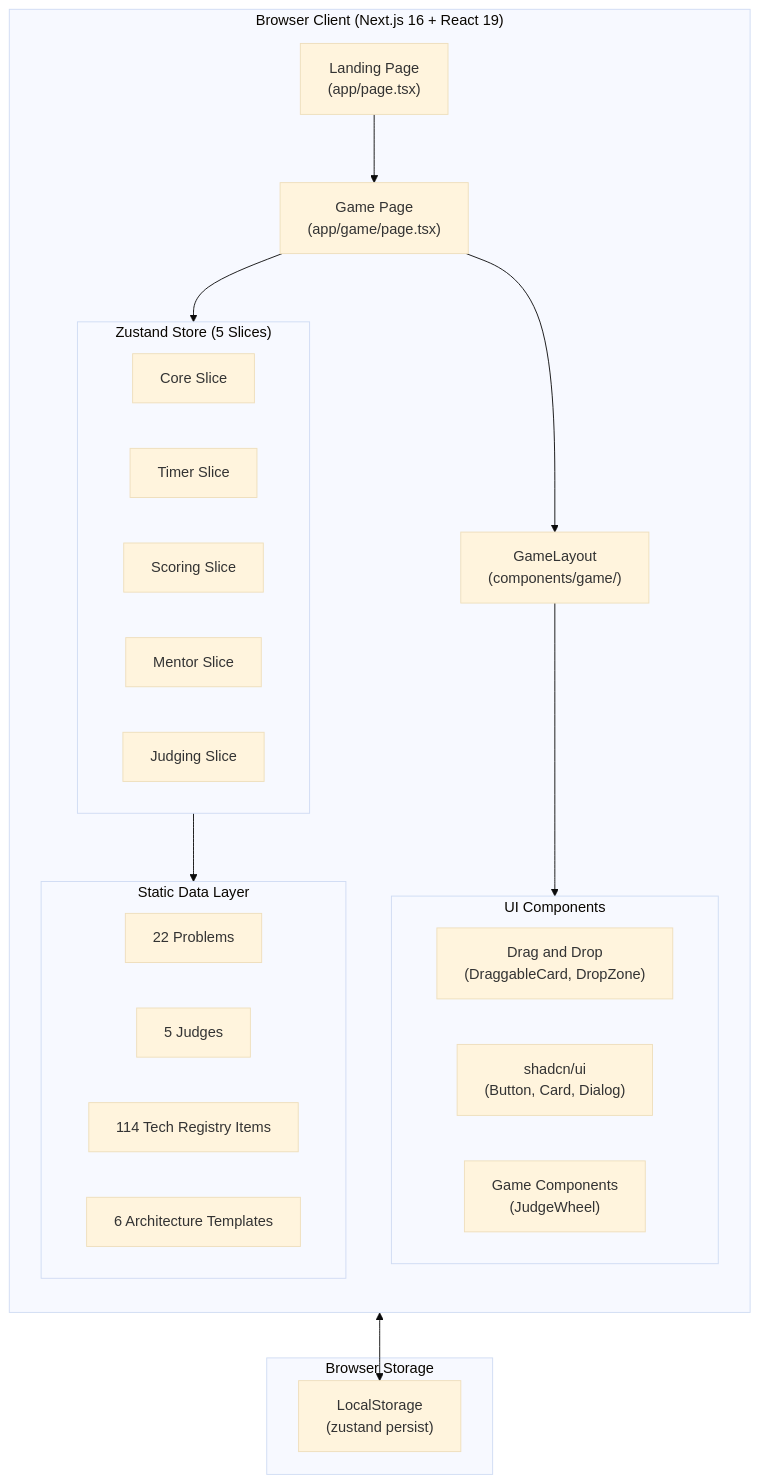
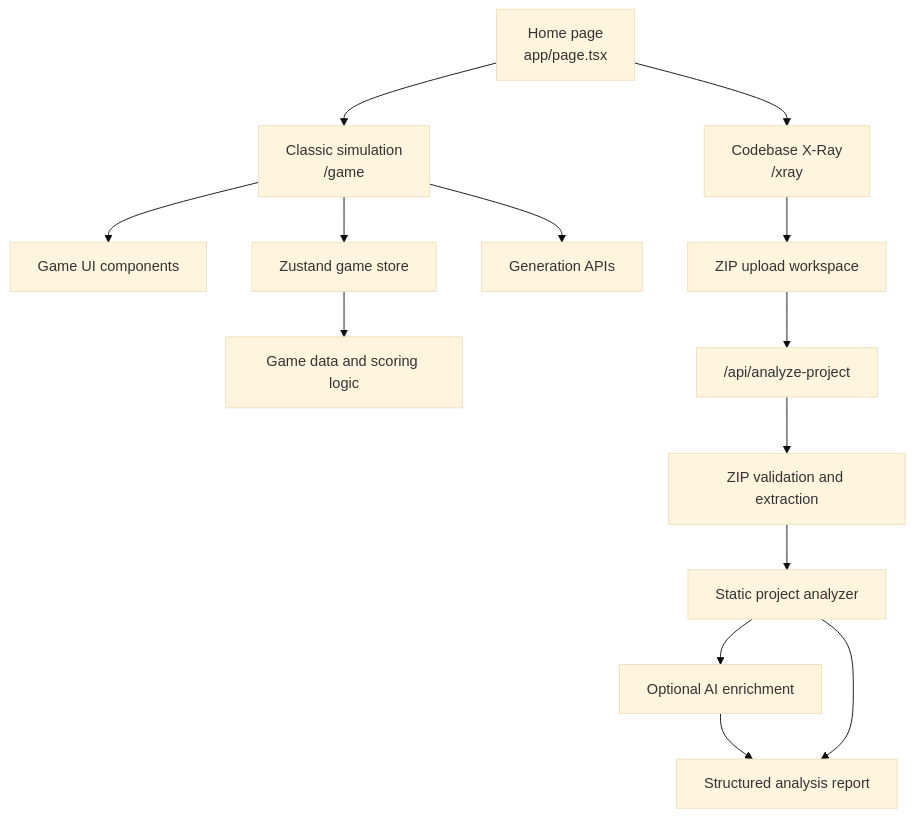
The diagram in README.md (Subhradip304/The-Hackathon-Simulator-main-feature-dual-mode-codebase-xray_86), drawn with Mermaid (base theme) before and after one commit. The commit also changed other lines of this file, not shown here.

````diff
--- a/README.md
+++ b/README.md
@@ -88,41 +115,19 @@
 ```mermaid
-graph TB
-    subgraph Client["Browser Client (Next.js 16 + React 19)"]
-        direction TB
-        LP["Landing Page<br/>(app/page.tsx)"]
-        GP["Game Page<br/>(app/game/page.tsx)"]
-        GL["GameLayout<br/>(components/game/)"]
+flowchart TD
+    HOME["Home page<br/>app/page.tsx"]
+    HOME --> GAME["Classic simulation<br/>/game"]
+    HOME --> XRAY["Codebase X-Ray<br/>/xray"]
 
-        subgraph Components["UI Components"]
-            DD["Drag and Drop<br/>(DraggableCard, DropZone)"]
-            UI["shadcn/ui<br/>(Button, Card, Dialog)"]
-            GC["Game Components<br/>(JudgeWheel)"]
-        end
+    GAME --> GAMEUI["Game UI components"]
+    GAME --> STORE["Zustand game store"]
+    STORE --> DATA["Game data and scoring logic"]
+    GAME --> APIS["Generation APIs"]
 
-        subgraph Store["Zustand Store (5 Slices)"]
-            CS["Core Slice"]
-            TS["Timer Slice"]
-            SS["Scoring Slice"]
-            MS["Mentor Slice"]
-            JS["Judging Slice"]
-        end
-
-        subgraph Data["Static Data Layer"]
-            PR["22 Problems"]
-            JD["5 Judges"]
-            TR["114 Tech Registry Items"]
-            AT["6 Architecture Templates"]
-        end
-    end
-
-    subgraph Persistence["Browser Storage"]
-        LS["LocalStorage<br/>(zustand persist)"]
-    end
-
-    LP --> GP
-    GP --> GL
-    GL --> Components
-    GP --> Store
-    Store --> Data
-    Store <--> LS
+    XRAY --> UPLOAD["ZIP upload workspace"]
+    UPLOAD --> API["/api/analyze-project"]
+    API --> ZIP["ZIP validation and extraction"]
+    ZIP --> ANALYZER["Static project analyzer"]
+    ANALYZER --> AI["Optional AI enrichment"]
+    AI --> REPORT["Structured analysis report"]
+    ANALYZER --> REPORT
 ```
````
